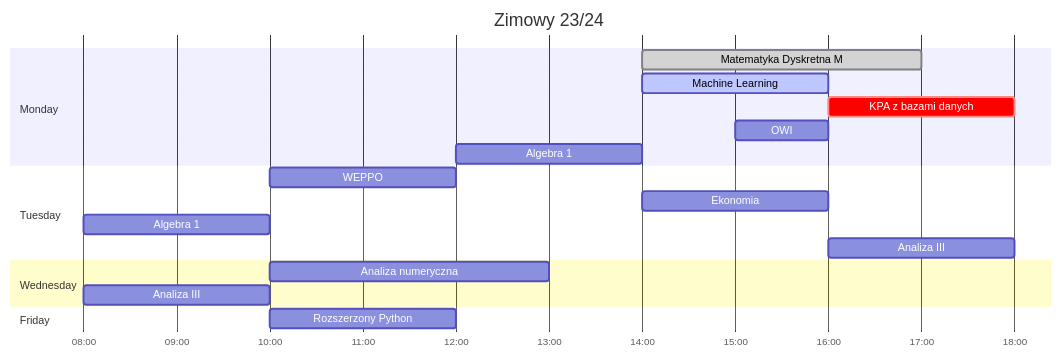
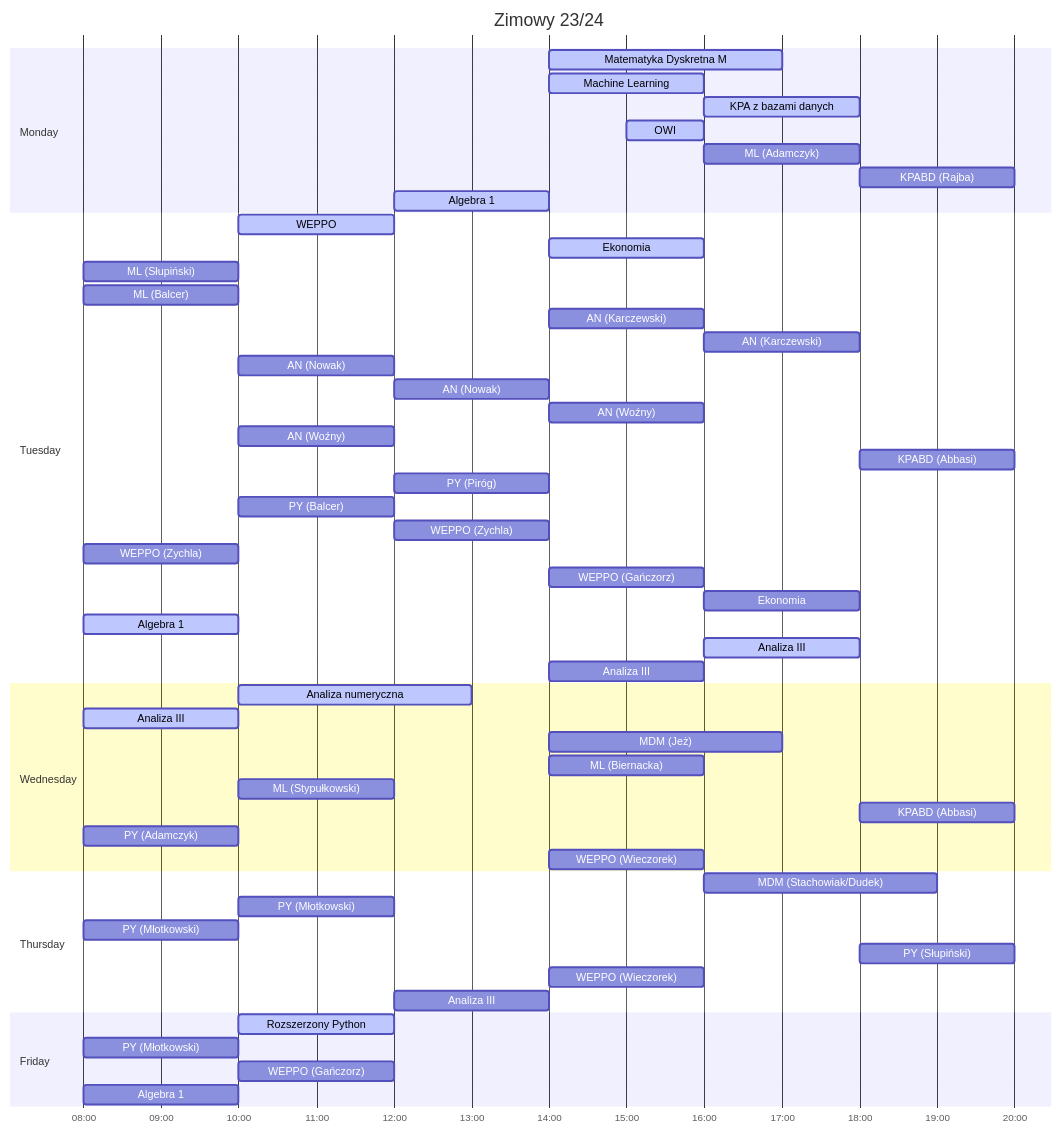
One commit to PatrykFlama/UWr changed the diagram in README.md. Above: the diagram before and after it, drawn with Mermaid.

Commit message:
planner done

````diff
--- a/README.md
+++ b/README.md
@@ -54,36 +54,77 @@
 ```mermaid
+%% active <=> lectures
 gantt
     title Zimowy 23/24
     dateFormat HH
     axisFormat %H:%M
 
     section Monday
-        Matematyka Dyskretna M          : done, 14, 17
+        Matematyka Dyskretna M          : active, 14, 17
         Machine Learning                : active, 14, 16
-        KPA z bazami danych             : crit, 16, 18
+        KPA z bazami danych             : active, 16, 18
 
-        OWI                             : 15, 16
-        %% OWI                          : 14, 15
+        OWI                             : active, 15, 16
+        %% OWI                          : active, 14, 15
+        
+        ML (Adamczyk)                   : 16, 18
+        KPABD (Rajba)                   : 18, 20
 
-        Algebra 1                       : 12, 14
+        Algebra 1                       : active, 12, 14
 
     section Tuesday
-        WEPPO                           : 10, 12
-        Ekonomia                        : 14, 16
+        WEPPO                           : active, 10, 12
+        Ekonomia                        : active, 14, 16
+
+        ML (Słupiński)                  : 08, 10
+        ML (Balcer)                     : 08, 10
+        AN (Karczewski)                 : 14, 16
+        AN (Karczewski)                 : 16, 18
+        AN (Nowak)                      : 10, 12
+        AN (Nowak)                      : 12, 14
+        AN (Woźny)                      : 14, 16
+        AN (Woźny)                      : 10, 12
+        KPABD (Abbasi)                  : 18, 20
+        PY (Piróg)                      : 12, 14
+        PY (Balcer)                     : 10, 12
+        WEPPO (Zychla)                  : 12, 14
+        WEPPO (Zychla)                  : 08, 10
+        WEPPO (Gańczorz)                : 14, 16
+        Ekonomia                        : 16, 18
+
+        Algebra 1                       : active, 08, 10
+        Analiza III                     : active, 16, 18
+        Analiza III                     : 14, 16
+
+
+    section Wednesday
+        Analiza numeryczna              : active, 10, 13
+        Analiza III                     : active, 08, 10
+
+        MDM (Jeż)                       : 14, 17
+        ML (Biernacka)                  : 14, 16
+        ML (Stypułkowski)               : 10, 12
+        KPABD (Abbasi)                  : 18, 20
+        PY (Adamczyk)                   : 08, 10
+        WEPPO (Wieczorek)               : 14, 16
+
+
+    section Thursday
+        MDM (Stachowiak/Dudek)          : 16, 19
+        PY (Młotkowski)                 : 10, 12
+        PY (Młotkowski)                 : 08, 10
+        PY (Słupiński)                  : 18, 20
+        WEPPO (Wieczorek)               : 14, 16
+
+        Analiza III                     : 12, 14
+
+    section Friday
+        Rozszerzony Python              : active, 10, 12
+
+        PY (Młotkowski)                 : 08, 10
+        WEPPO (Gańczorz)                : 10, 12
 
         Algebra 1                       : 08, 10
-        Analiza III                     : 16, 18
-
-    section Wednesday
-        Analiza numeryczna              : 10, 13
-        Analiza III                     : 08, 10
-
-    section Thursday
-
-
-    section Friday
-        Rozszerzony Python         : 10, 12
 
 
 
 ```
````
